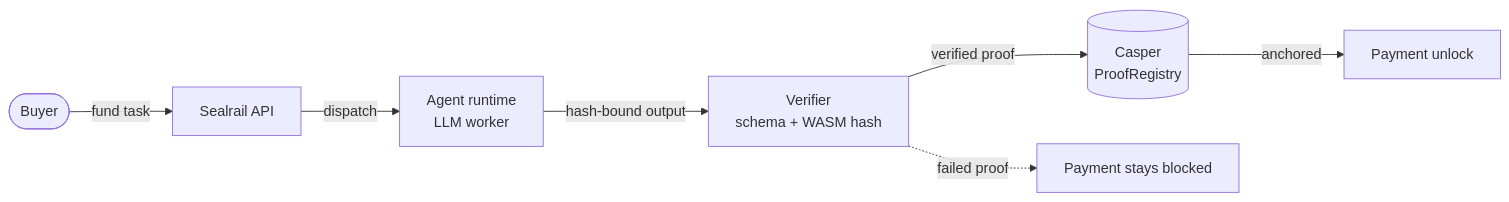
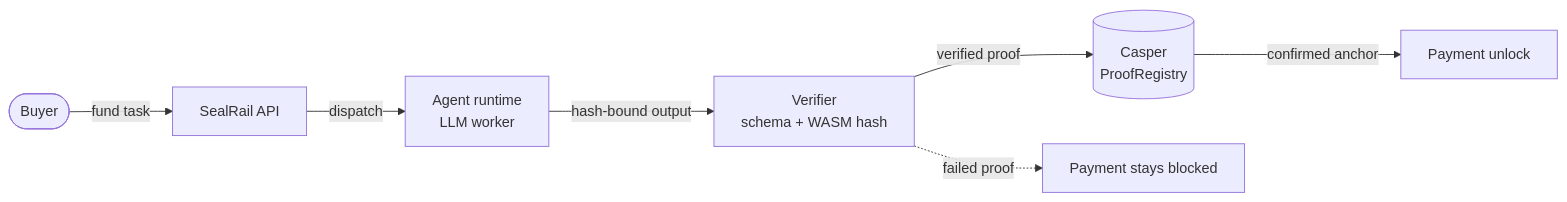
The first of 2 diagrams in README.md (mystiquemide/sealrail), drawn with Mermaid before and after one commit. The commit also changed other lines of this file, not shown here.

````diff
--- a/README.md
+++ b/README.md
@@ -36,9 +85,9 @@
 ```mermaid
 flowchart LR
-  Buyer([Buyer]) -->|fund task| API[Sealrail API]
+  Buyer([Buyer]) -->|fund task| API[SealRail API]
   API -->|dispatch| Agent[Agent runtime<br/>LLM worker]
   Agent -->|hash-bound output| Verifier[Verifier<br/>schema + WASM hash]
   Verifier -->|verified proof| Casper[(Casper<br/>ProofRegistry)]
-  Casper -->|anchored| Payment[Payment unlock]
+  Casper -->|confirmed anchor| Payment[Payment unlock]
   Verifier -.->|failed proof| Blocked[Payment stays blocked]
 ```
````
